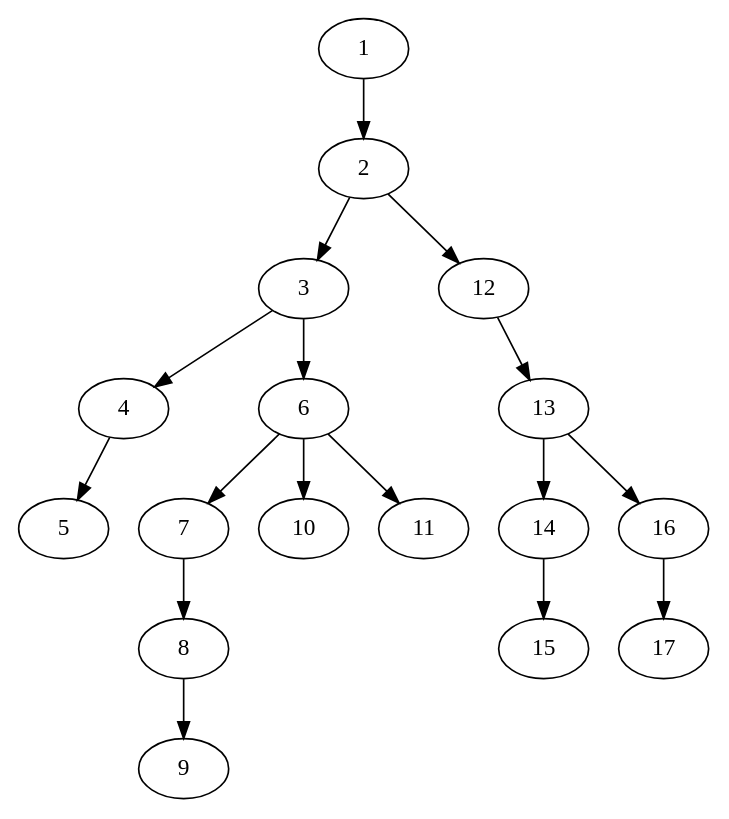
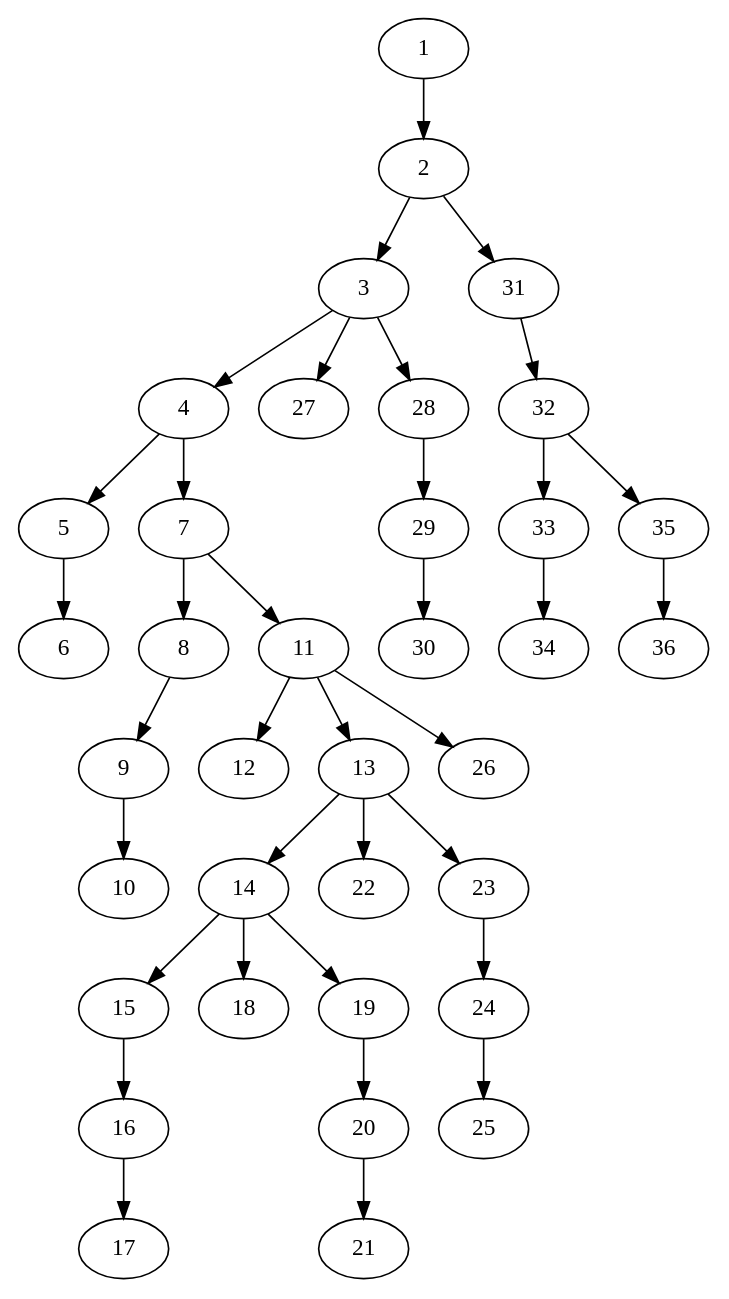
The diagram in caspian/src/ast_stuff.dot (Ajax12345/caspian-lang), drawn with Graphviz before and after one commit. The commit also changed 7 other files, not shown here.

```diff
--- a/caspian/src/ast_stuff.dot
+++ b/caspian/src/ast_stuff.dot
@@ -1,18 +1,37 @@
 strict digraph "" {
 	1 -> 2;
 	2 -> 3;
-	2 -> 12;
+	2 -> 31;
 	3 -> 4;
-	3 -> 6;
+	3 -> 27;
+	3 -> 28;
 	4 -> 5;
-	6 -> 7;
-	6 -> 10;
-	6 -> 11;
+	4 -> 7;
+	5 -> 6;
 	7 -> 8;
+	7 -> 11;
 	8 -> 9;
-	12 -> 13;
+	9 -> 10;
+	11 -> 12;
+	11 -> 13;
+	11 -> 26;
 	13 -> 14;
-	13 -> 16;
+	13 -> 22;
+	13 -> 23;
 	14 -> 15;
+	14 -> 18;
+	14 -> 19;
+	15 -> 16;
 	16 -> 17;
+	19 -> 20;
+	20 -> 21;
+	23 -> 24;
+	24 -> 25;
+	28 -> 29;
+	29 -> 30;
+	31 -> 32;
+	32 -> 33;
+	32 -> 35;
+	33 -> 34;
+	35 -> 36;
 }
```
